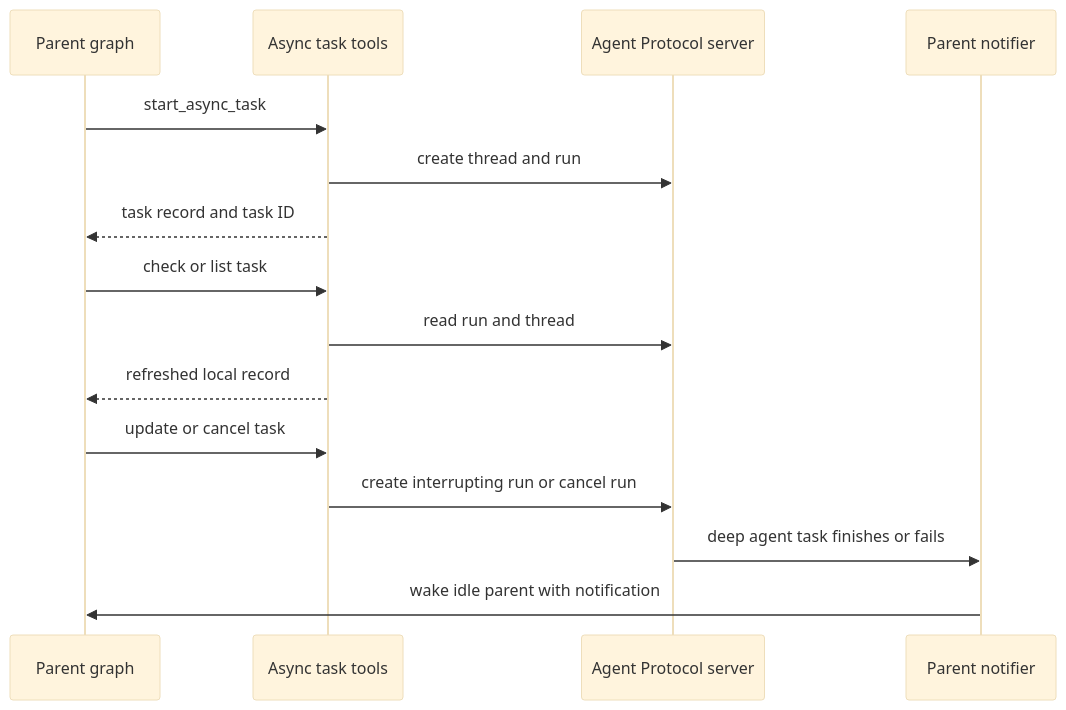
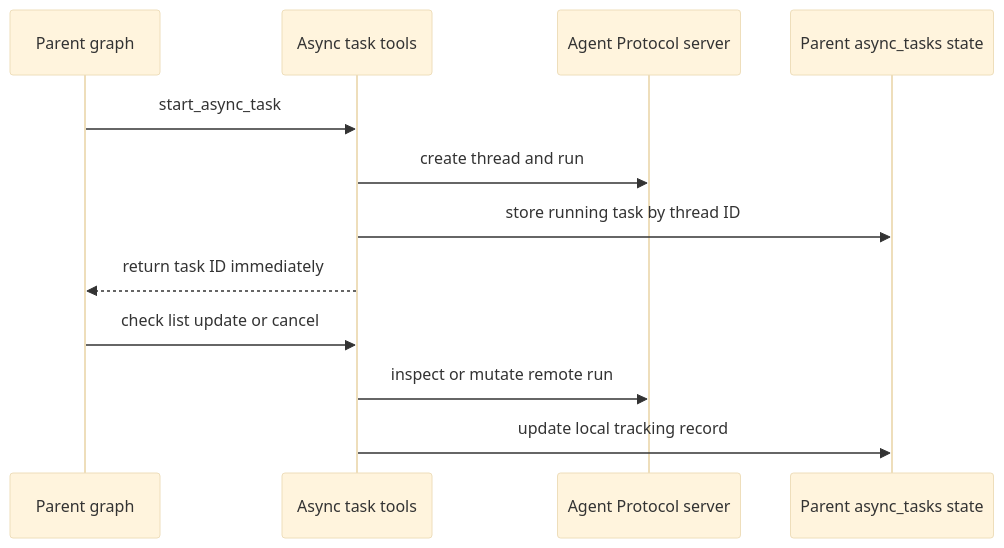
Before and after one commit to langchain-ai/deepagents: the second of 2 diagrams in openwiki/architecture/sdk-construction-execution.md, drawn with Mermaid (base theme). The commit also changed other lines of this file and 35 other files, not shown here.

````diff
--- a/openwiki/architecture/sdk-construction-execution.md
+++ b/openwiki/architecture/sdk-construction-execution.md
@@ -97,17 +104,14 @@
 ```mermaid
 sequenceDiagram
     participant Parent as Parent graph
-    participant AsyncTools as Async task tools
+    participant Tools as Async task tools
     participant Server as Agent Protocol server
-    participant Notifier as Parent notifier
-    Parent->>AsyncTools: start_async_task
-    AsyncTools->>Server: create thread and run
-    AsyncTools-->>Parent: task record and task ID
-    Parent->>AsyncTools: check or list task
-    AsyncTools->>Server: read run and thread
-    AsyncTools-->>Parent: refreshed local record
-    Parent->>AsyncTools: update or cancel task
-    AsyncTools->>Server: create interrupting run or cancel run
-    Server->>Notifier: deep agent task finishes or fails
-    Notifier->>Parent: wake idle parent with notification
+    participant Track as Parent async_tasks state
+    Parent->>Tools: start_async_task
+    Tools->>Server: create thread and run
+    Tools->>Track: store running task by thread ID
+    Tools-->>Parent: return task ID immediately
+    Parent->>Tools: check list update or cancel
+    Tools->>Server: inspect or mutate remote run
+    Tools->>Track: update local tracking record
 ```
````
